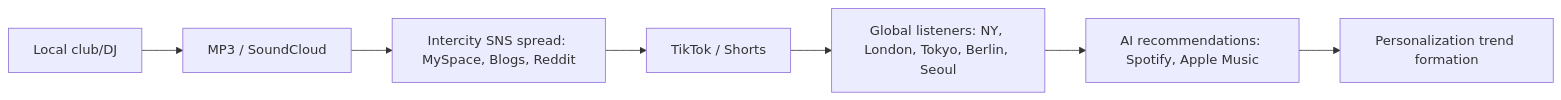
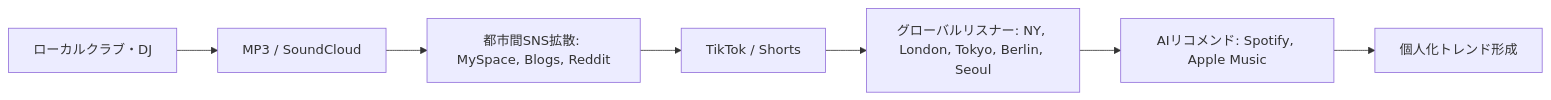
The second of 2 diagrams in en/_posts/2026-02-14-column-column-trends-internet-age.md (monumental-movement/monumental-movement.github.io), drawn with Mermaid before and after one commit. The commit also changed other lines of this file and 2196 other files, not shown here.

```diff
--- a/en/_posts/2026-02-14-column-column-trends-internet-age.md
+++ b/en/_posts/2026-02-14-column-column-trends-internet-age.md
@@ -127,9 +126,9 @@
 <div class="mermaid">
 flowchart LR
-    A[Local club/DJ] --> B[MP3 / SoundCloud]
-    B --> C[Intercity SNS spread: MySpace, Blogs, Reddit]
+    A[ローカルクラブ・DJ] --> B[MP3 / SoundCloud]
+    B --> C[都市間SNS拡散: MySpace, Blogs, Reddit]
     C --> D[TikTok / Shorts]
-    D --> E[Global listeners: NY, London, Tokyo, Berlin, Seoul]
-    E --> F[AI recommendations: Spotify, Apple Music]
-    F --> G[Personalization trend formation]
+    D --> E[グローバルリスナー: NY, London, Tokyo, Berlin, Seoul]
+    E --> F[AIリコメンド: Spotify, Apple Music]
+    F --> G[個人化トレンド形成]
 </div>
```
